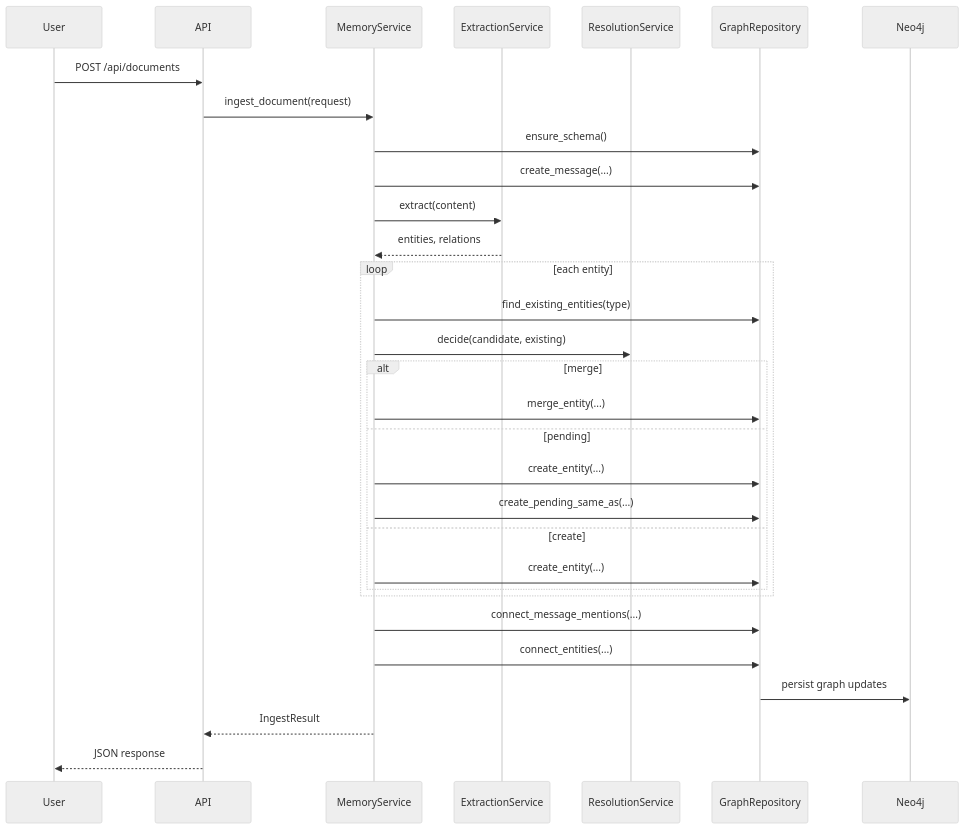
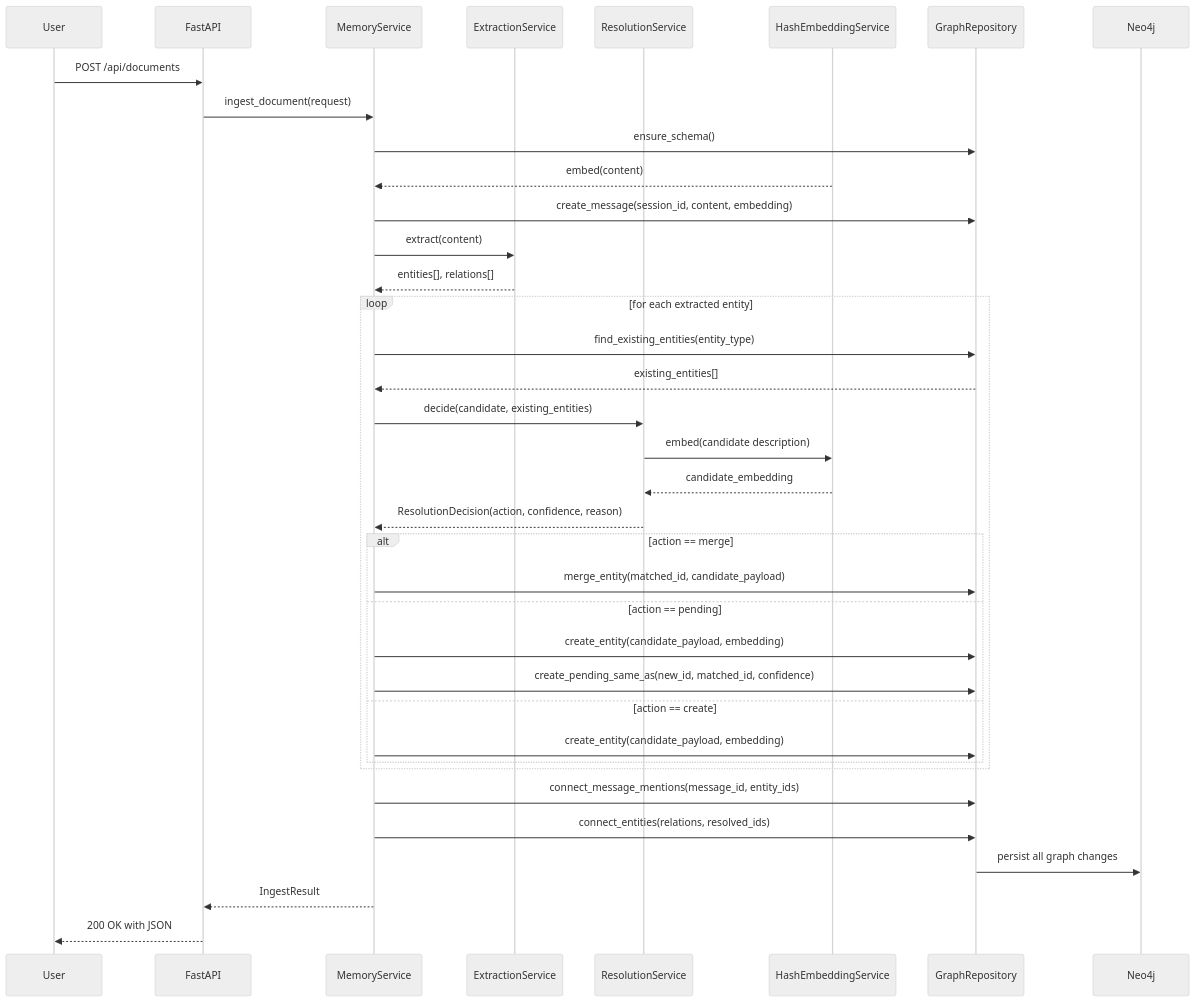
Before and after one commit to hkevin01/vector-index-graph-memory: the second of 5 diagrams in README.md, drawn with Mermaid (neutral theme). The commit also changed other lines of this file, not shown here.

````diff
--- a/README.md
+++ b/README.md
@@ -133,34 +260,40 @@
 ```mermaid
 sequenceDiagram
     participant U as User
-    participant A as API
+    participant A as FastAPI
     participant M as MemoryService
     participant X as ExtractionService
     participant R as ResolutionService
+    participant H as HashEmbeddingService
     participant G as GraphRepository
     participant N as Neo4j
 
     U->>A: POST /api/documents
     A->>M: ingest_document(request)
     M->>G: ensure_schema()
-    M->>G: create_message(...)
+    H-->>M: embed(content)
+    M->>G: create_message(session_id, content, embedding)
     M->>X: extract(content)
-    X-->>M: entities, relations
-    loop each entity
-        M->>G: find_existing_entities(type)
-        M->>R: decide(candidate, existing)
-        alt merge
-            M->>G: merge_entity(...)
-        else pending
-            M->>G: create_entity(...)
-            M->>G: create_pending_same_as(...)
-        else create
-            M->>G: create_entity(...)
+    X-->>M: entities[], relations[]
+    loop for each extracted entity
+        M->>G: find_existing_entities(entity_type)
+        G-->>M: existing_entities[]
+        M->>R: decide(candidate, existing_entities)
+        R->>H: embed(candidate description)
+        H-->>R: candidate_embedding
+        R-->>M: ResolutionDecision(action, confidence, reason)
+        alt action == merge
+            M->>G: merge_entity(matched_id, candidate_payload)
+        else action == pending
+            M->>G: create_entity(candidate_payload, embedding)
+            M->>G: create_pending_same_as(new_id, matched_id, confidence)
+        else action == create
+            M->>G: create_entity(candidate_payload, embedding)
         end
     end
-    M->>G: connect_message_mentions(...)
-    M->>G: connect_entities(...)
-    G->>N: persist graph updates
+    M->>G: connect_message_mentions(message_id, entity_ids)
+    M->>G: connect_entities(relations, resolved_ids)
+    G->>N: persist all graph changes
     M-->>A: IngestResult
-    A-->>U: JSON response
+    A-->>U: 200 OK with JSON
 ```
````
